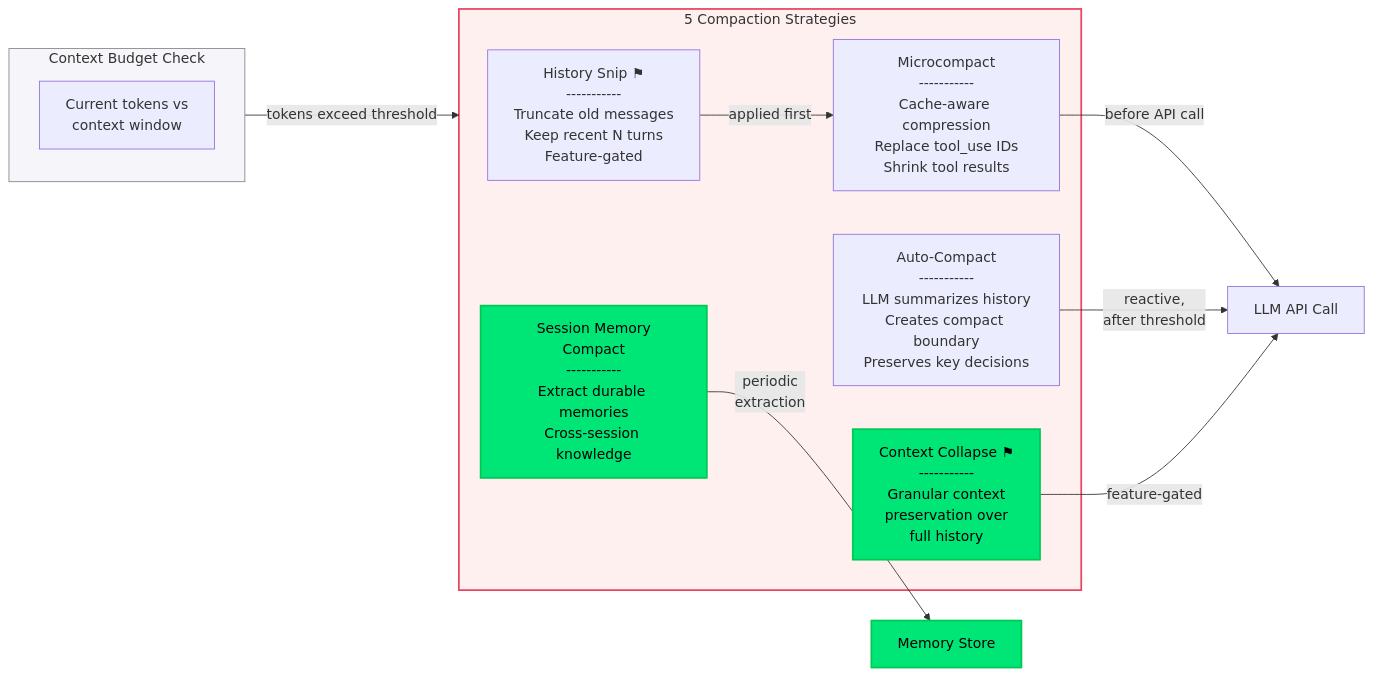
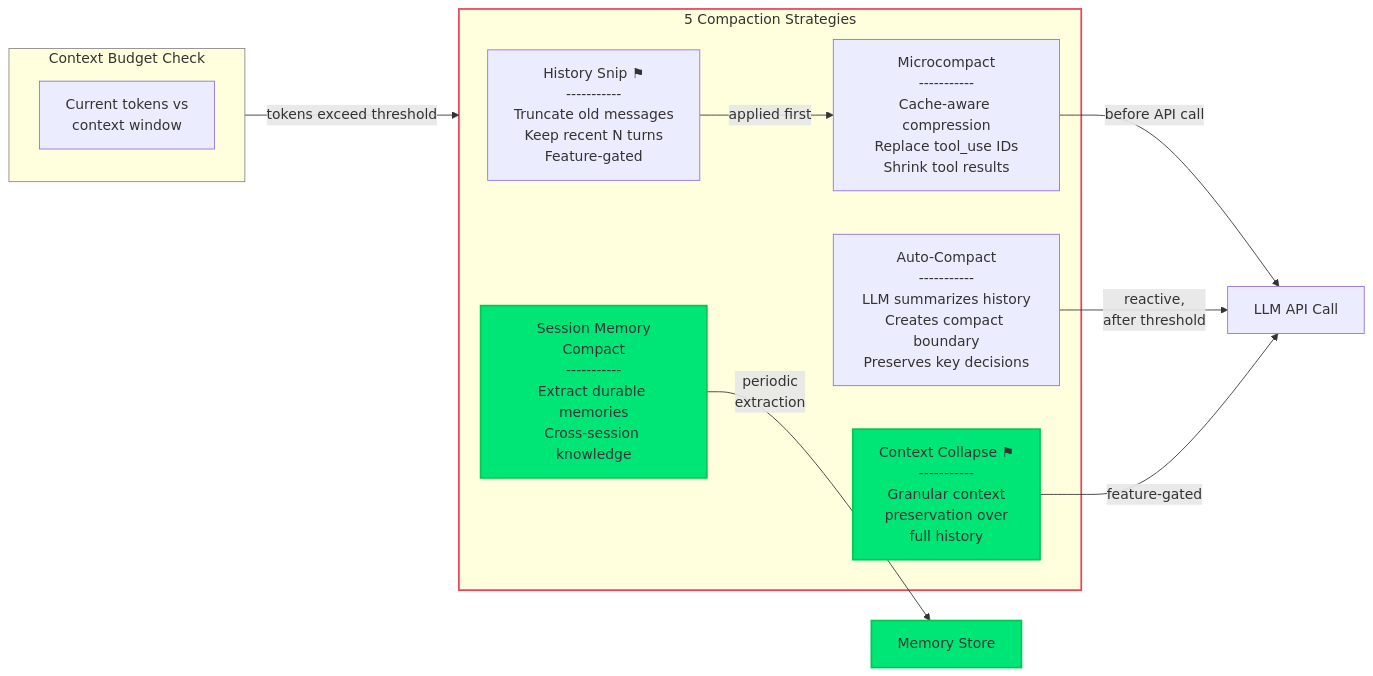
One commit to PavelValentov/multi-agent-architecture changed the tenth of 14 diagrams in DIAGRAMS.md. Above: the diagram before and after it, drawn with Mermaid. The commit also changed other lines of this file, not shown here.

````diff
--- a/DIAGRAMS.md
+++ b/DIAGRAMS.md
@@ -860,28 +860,28 @@
 ```mermaid
 flowchart LR
     subgraph Input["Context Budget Check"]
         TOKENS["Current tokens vs<br/>context window"]
     end
 
     Input -->|"tokens exceed threshold"| STRATEGIES
 
     subgraph STRATEGIES["5 Compaction Strategies"]
         SNIP["History Snip ⚑<br/>-----------<br/>Truncate old messages<br/>Keep recent N turns<br/>Feature-gated"]
         MICRO["Microcompact<br/>-----------<br/>Cache-aware compression<br/>Replace tool_use IDs<br/>Shrink tool results"]
         AUTO["Auto-Compact<br/>-----------<br/>LLM summarizes history<br/>Creates compact boundary<br/>Preserves key decisions"]
         CTX_COLLAPSE["Context Collapse ⚑<br/>-----------<br/>Granular context<br/>preservation over<br/>full history"]
         SESSION_MEM["Session Memory<br/>Compact<br/>-----------<br/>Extract durable memories<br/>Cross-session knowledge"]
     end
 
     SNIP -->|"applied first"| MICRO
     MICRO -->|"before API call"| API_CALL["LLM API Call"]
     AUTO -->|"reactive,<br/>after threshold"| API_CALL
     CTX_COLLAPSE -->|"feature-gated"| API_CALL
     SESSION_MEM -->|"periodic<br/>extraction"| MEMORY_STORE["Memory Store"]
 
-    style Input fill:#f5f5fa,stroke:#888,stroke-width:1px,color:#333
-    style STRATEGIES fill:#fff0f0,stroke:#e94560,stroke-width:2px,color:#333
-    style SESSION_MEM fill:#00e676,stroke:#00c853,stroke-width:2px,color:#000
-    style CTX_COLLAPSE fill:#00e676,stroke:#00c853,stroke-width:2px,color:#000
-    style MEMORY_STORE fill:#00e676,stroke:#00c853,stroke-width:2px,color:#000
+    style Input stroke:#888,stroke-width:1px
+    style STRATEGIES stroke:#e94560,stroke-width:2px
+    style SESSION_MEM fill:#00e676,stroke:#00c853,stroke-width:2px
+    style CTX_COLLAPSE fill:#00e676,stroke:#00c853,stroke-width:2px
+    style MEMORY_STORE fill:#00e676,stroke:#00c853,stroke-width:2px
 ```
````
